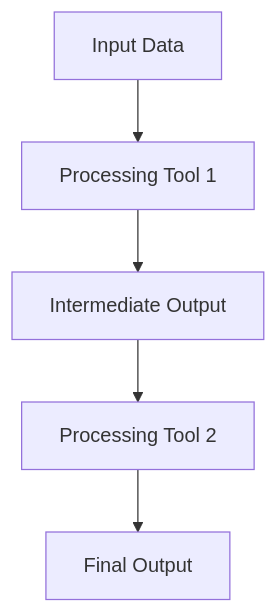
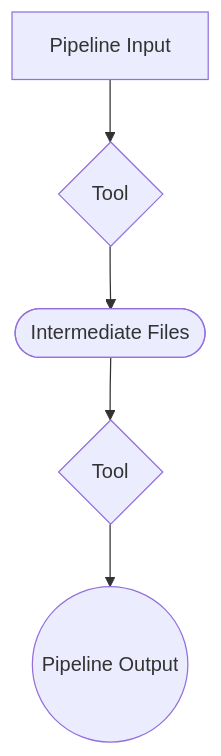
The diagram in READMEv2.md (AAFC-Bioinfo-AAC/template-repository), drawn with Mermaid before and after one commit.

Commit message:
Revert to previous mermaid diagram

````diff
--- a/READMEv2.md
+++ b/READMEv2.md
@@ -62,5 +62,4 @@
 ```mermaid
-flowchart TD
-    A[Input Data] --> B[Processing Tool 1] --> C[Intermediate Output]
-    C --> D[Processing Tool 2] --> E[Final Output]
+    flowchart TD
+        A[Pipeline Input]-->B{Tool}-->C([Intermediate Files])-->D{Tool}-->E((Pipeline Output))
 ```
````
